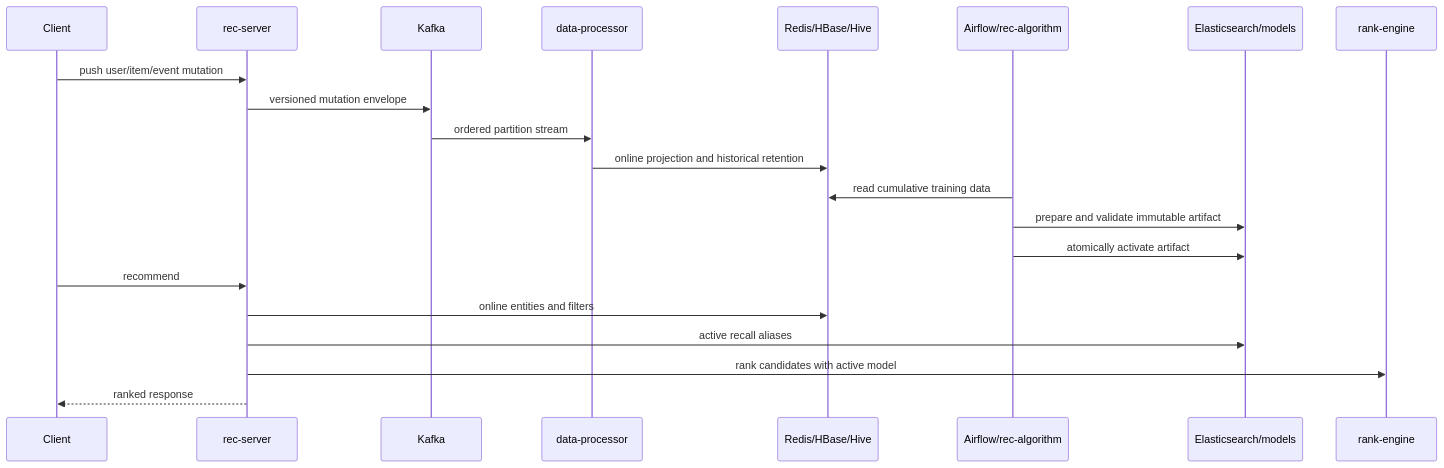
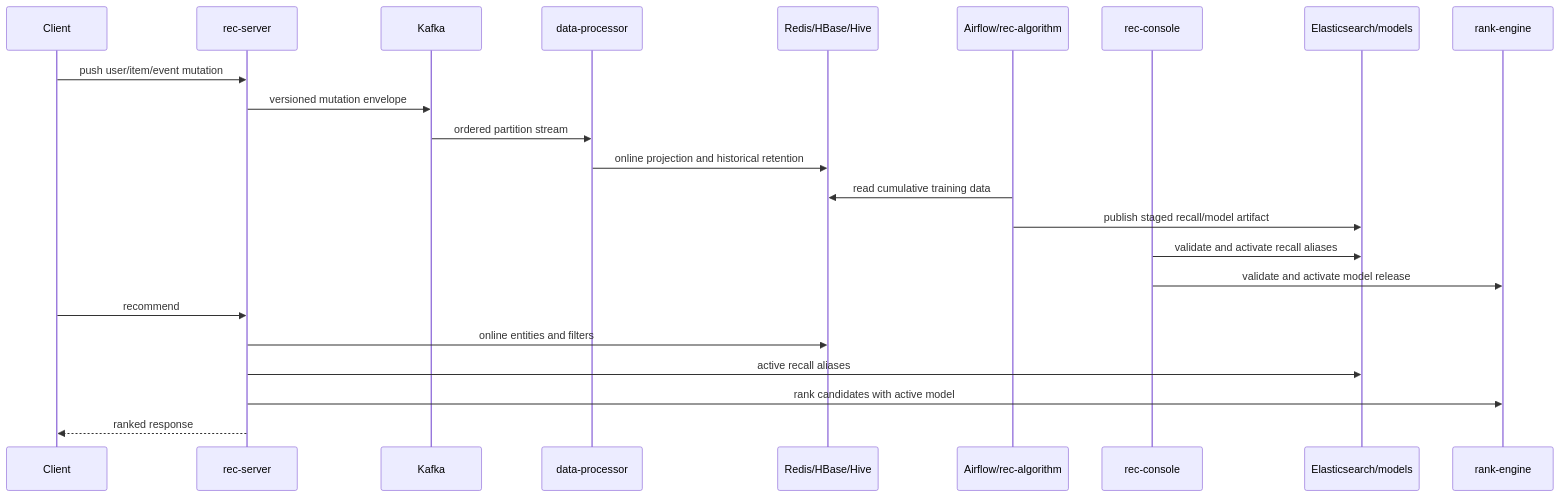
The second of 2 diagrams in docs/architecture.md (open-rec/openrec), drawn with Mermaid before and after one commit. The commit also changed other lines of this file and 9 other files, not shown here.

````diff
--- a/docs/architecture.md
+++ b/docs/architecture.md
@@ -51,24 +53,26 @@
 ```mermaid
 sequenceDiagram
     participant C as Client
     participant O as rec-server
     participant K as Kafka
     participant P as data-processor
     participant D as Redis/HBase/Hive
     participant A as Airflow/rec-algorithm
+    participant M as rec-console
     participant E as Elasticsearch/models
     participant R as rank-engine
 
     C->>O: push user/item/event mutation
     O->>K: versioned mutation envelope
     K->>P: ordered partition stream
     P->>D: online projection and historical retention
     A->>D: read cumulative training data
-    A->>E: prepare and validate immutable artifact
-    A->>E: atomically activate artifact
+    A->>E: publish staged recall/model artifact
+    M->>E: validate and activate recall aliases
+    M->>R: validate and activate model release
     C->>O: recommend
     O->>D: online entities and filters
     O->>E: active recall aliases
     O->>R: rank candidates with active model
     O-->>C: ranked response
 ```
````
